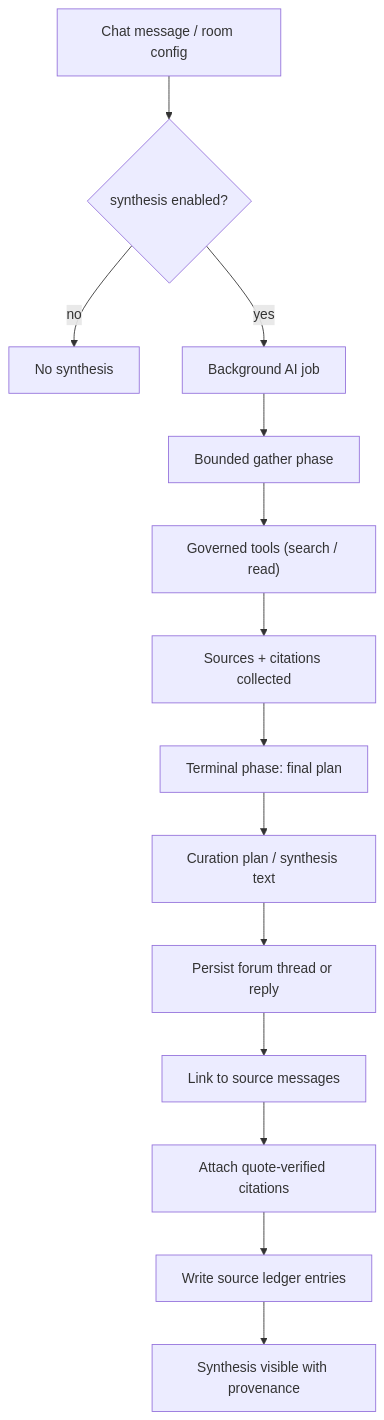
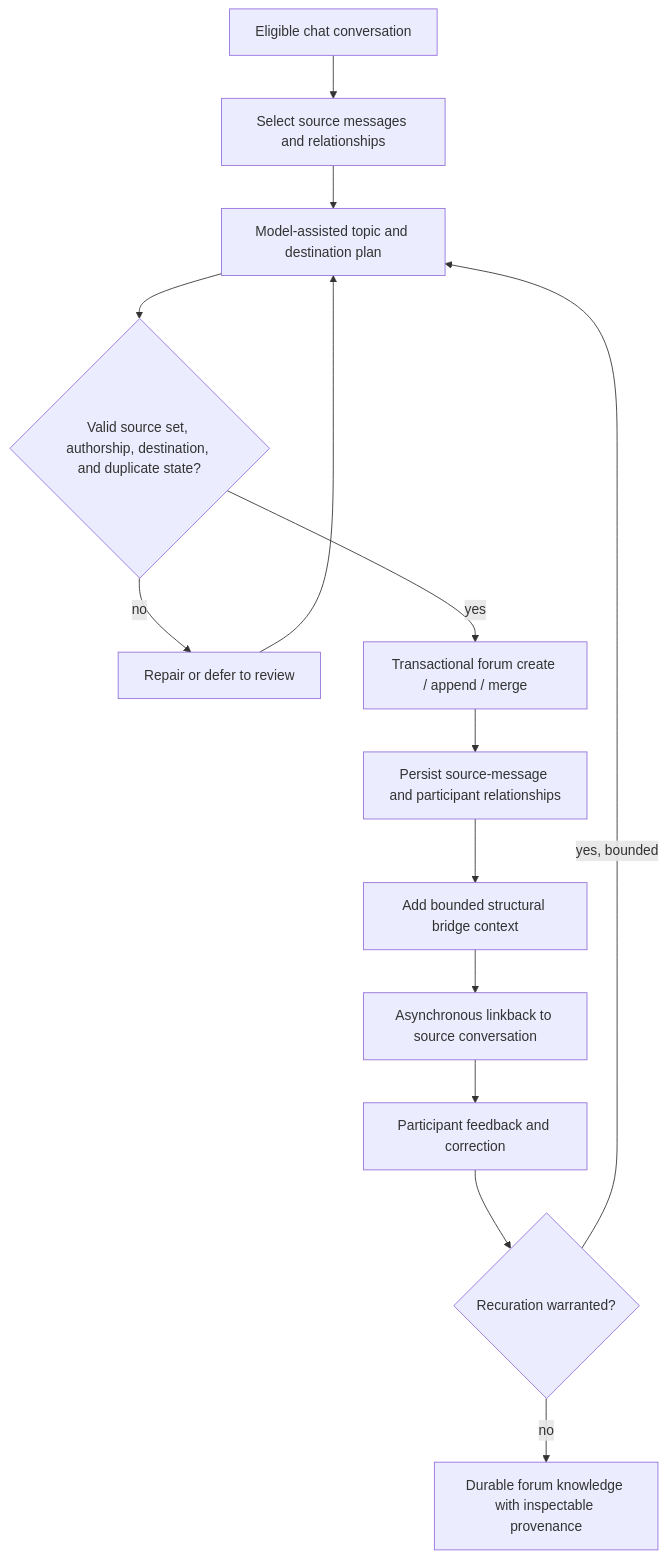
The diagram in flip-technical-overview/diagrams/synthesis-pipeline.mmd (wahargis/portfolio), drawn with Mermaid before and after one commit. The commit also changed 55 other files, not shown here.

Commit message:
complete portfolio architecture audit

```diff
--- a/flip-technical-overview/diagrams/synthesis-pipeline.mmd
+++ b/flip-technical-overview/diagrams/synthesis-pipeline.mmd
@@ -1,14 +1,14 @@
 flowchart TD
-    TRIGGER["Chat message / room config"] --> ENABLE{synthesis enabled?}
-    ENABLE -->|no| SKIP["No synthesis"]
-    ENABLE -->|yes| JOB["Background AI job"]
-    JOB --> LOOP["Bounded gather phase"]
-    LOOP --> TOOLS["Governed tools (search / read)"]
-    TOOLS --> SOURCES["Sources + citations collected"]
-    SOURCES --> TERMINAL["Terminal phase: final plan"]
-    TERMINAL --> PLAN["Curation plan / synthesis text"]
-    PLAN --> PERSIST["Persist forum thread or reply"]
-    PERSIST --> LINK["Link to source messages"]
-    LINK --> CITE["Attach quote-verified citations"]
-    CITE --> LEDGER["Write source ledger entries"]
-    LEDGER --> DONE["Synthesis visible with provenance"]
+    CHAT["Eligible chat conversation"] --> SELECT["Select source messages and relationships"]
+    SELECT --> PLAN["Model-assisted topic and destination plan"]
+    PLAN --> VALIDATE{"Valid source set, authorship, destination, and duplicate state?"}
+    VALIDATE -->|no| REPAIR["Repair or defer to review"]
+    REPAIR --> PLAN
+    VALIDATE -->|yes| APPLY["Transactional forum create / append / merge"]
+    APPLY --> SOURCE["Persist source-message and participant relationships"]
+    SOURCE --> BRIDGE["Add bounded structural bridge context"]
+    BRIDGE --> LINK["Asynchronous linkback to source conversation"]
+    LINK --> FEEDBACK["Participant feedback and correction"]
+    FEEDBACK --> RECURATE{"Recuration warranted?"}
+    RECURATE -->|yes, bounded| PLAN
+    RECURATE -->|no| DURABLE["Durable forum knowledge with inspectable provenance"]
```
